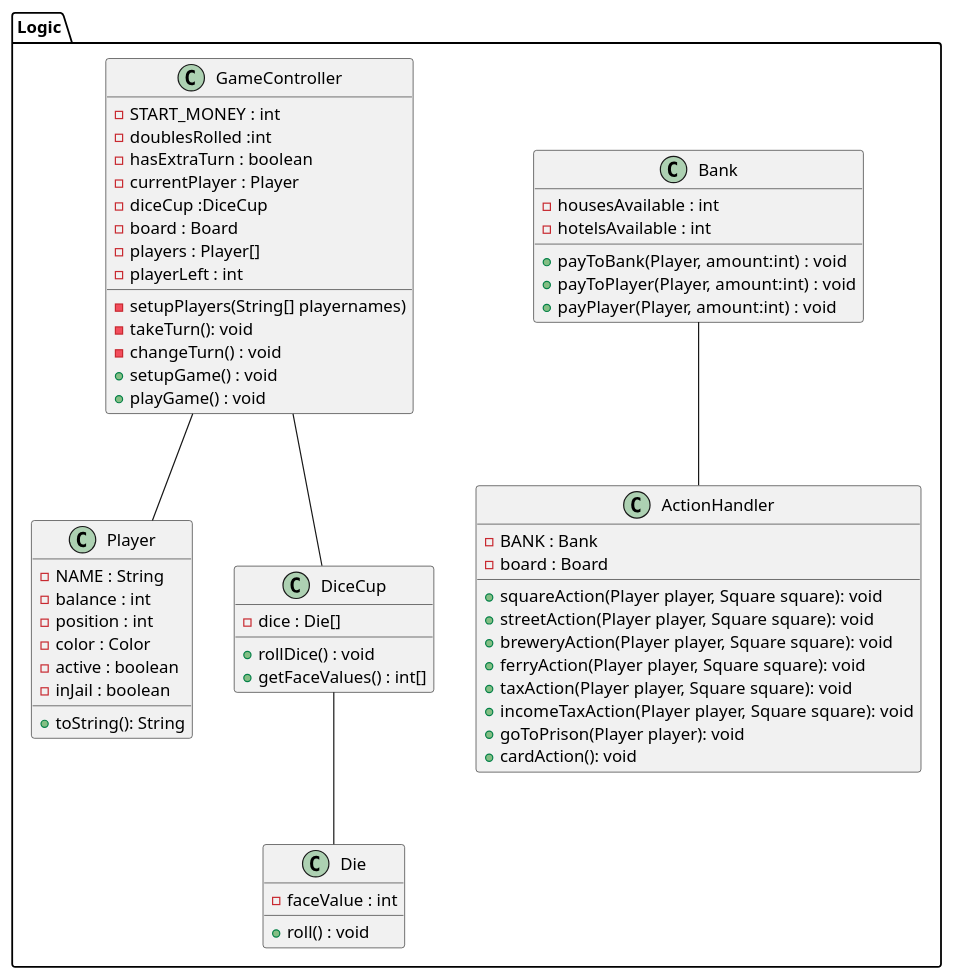
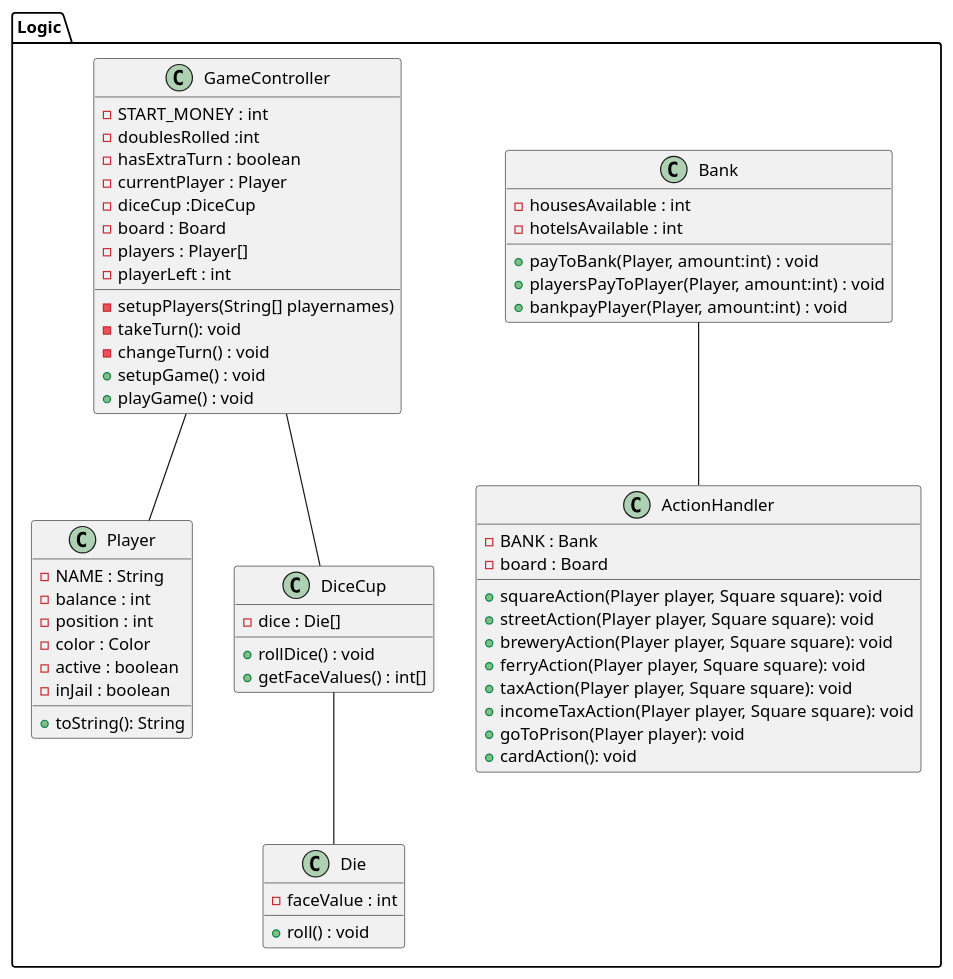
Before and after one commit to Greve2001/CDIO-final: the diagram in diagrams/Logic_Package_Class_Diagram.puml, drawn with PlantUML.

Commit message:
Added extra constructor in DiceCup for flexibility. Made test with randomness repeated.

```diff
--- a/diagrams/Logic_Package_Class_Diagram.puml
+++ b/diagrams/Logic_Package_Class_Diagram.puml
@@ -1,84 +1,84 @@
 @startuml
 'https://plantuml.com/class-diagram
 
 skinparam groupInheritance 2
 
 skinparam linetype polyline
 package Logic{
    class Player{
     -NAME : String
     -balance : int
     -position : int
     -color : Color
     -active : boolean
     -inJail : boolean
 
     +toString(): String
 
      }
      class Die {
          -faceValue : int
 
          +roll() : void
      }
 
      class DiceCup {
          -dice : Die[]
 
          +rollDice() : void
          +getFaceValues() : int[]
      }
      class Bank {
          -housesAvailable : int
          -hotelsAvailable : int
 
 
          +payToBank(Player, amount:int) : void
-         +payToPlayer(Player, amount:int) : void
-         +payPlayer(Player, amount:int) : void
+         +playersPayToPlayer(Player, amount:int) : void
+         +bankpayPlayer(Player, amount:int) : void
 
      }
      class ActionHandler {
          -BANK : Bank
          -board : Board
 
          +squareAction(Player player, Square square): void
          +streetAction(Player player, Square square): void
          +breweryAction(Player player, Square square): void
          +ferryAction(Player player, Square square): void
          +taxAction(Player player, Square square): void
          +incomeTaxAction(Player player, Square square): void
          +goToPrison(Player player): void
          +cardAction(): void
 
 
      }
      class GameController {
          -START_MONEY : int
          -doublesRolled :int
          -hasExtraTurn : boolean
          -currentPlayer : Player
          -diceCup :DiceCup
          -board : Board
          -players : Player[]
          -playerLeft : int
 
          -setupPlayers(String[] playernames)
          -takeTurn(): void
          -changeTurn() : void
          +setupGame() : void
          +playGame() : void
 
 
      }
 }
 
 
 Bank -- ActionHandler
 GameController -- DiceCup
 DiceCup -- Die
 GameController -d- Player
 
 
 
 @enduml
```
